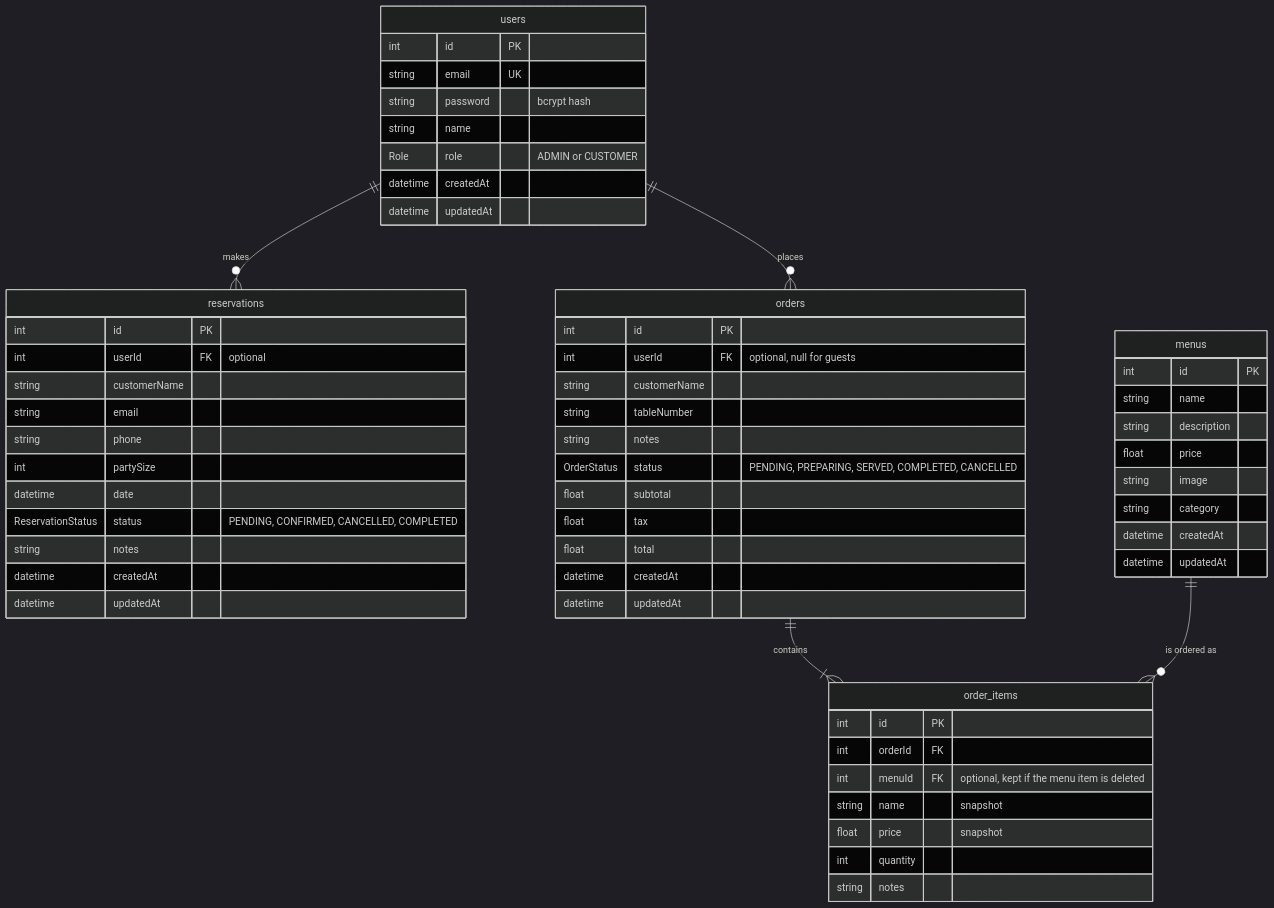
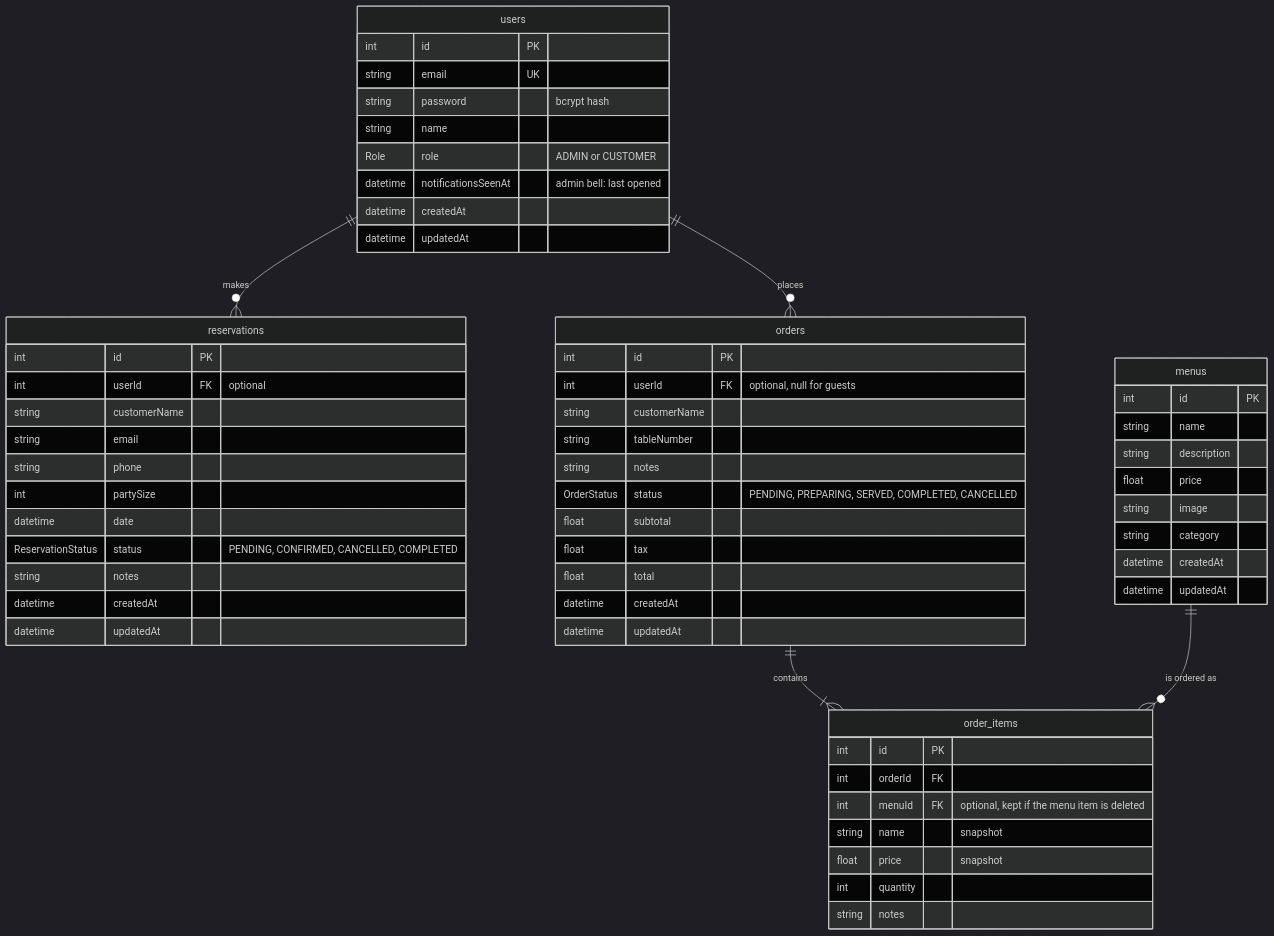
Before and after one commit to Revou-FSSE-Feb26/crack-be-mizarhusein-cloud: the diagram in docs/erd.mmd, drawn with Mermaid (dark theme). The commit also changed 10 other files, not shown here.

First line of the commit message:
Add admin notification bell backend: unread count and feed per admin

```diff
--- a/docs/erd.mmd
+++ b/docs/erd.mmd
@@ -1,60 +1,61 @@
 erDiagram
     users ||--o{ reservations : "makes"
     users ||--o{ orders : "places"
     orders ||--|{ order_items : "contains"
     menus ||--o{ order_items : "is ordered as"
 
     users {
         int id PK
         string email UK
         string password "bcrypt hash"
         string name
         Role role "ADMIN or CUSTOMER"
+        datetime notificationsSeenAt "admin bell: last opened"
         datetime createdAt
         datetime updatedAt
     }
     menus {
         int id PK
         string name
         string description
         float price
         string image
         string category
         datetime createdAt
         datetime updatedAt
     }
     reservations {
         int id PK
         int userId FK "optional"
         string customerName
         string email
         string phone
         int partySize
         datetime date
         ReservationStatus status "PENDING, CONFIRMED, CANCELLED, COMPLETED"
         string notes
         datetime createdAt
         datetime updatedAt
     }
     orders {
         int id PK
         int userId FK "optional, null for guests"
         string customerName
         string tableNumber
         string notes
         OrderStatus status "PENDING, PREPARING, SERVED, COMPLETED, CANCELLED"
         float subtotal
         float tax
         float total
         datetime createdAt
         datetime updatedAt
     }
     order_items {
         int id PK
         int orderId FK
         int menuId FK "optional, kept if the menu item is deleted"
         string name "snapshot"
         float price "snapshot"
         int quantity
         string notes
     }
```
